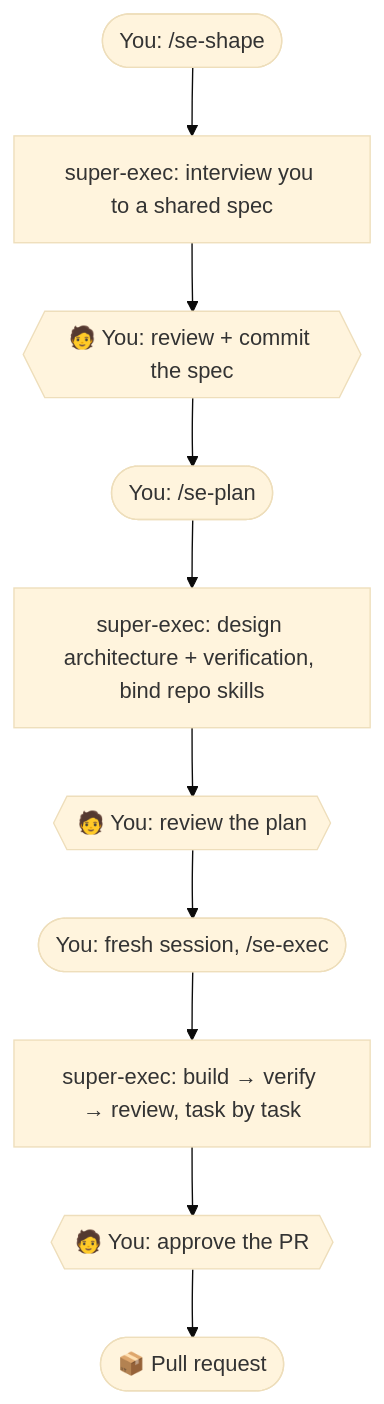
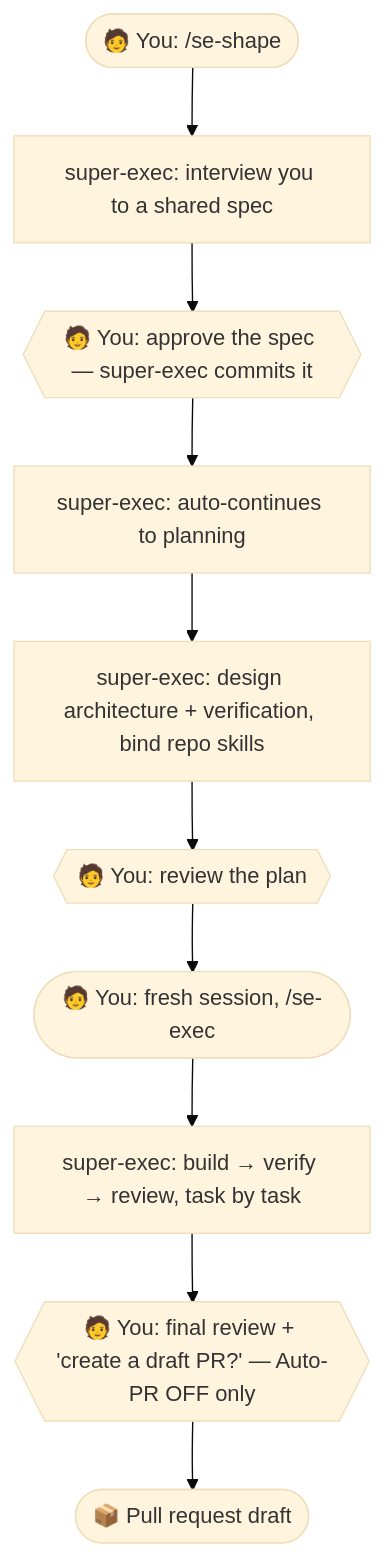
The diagram in README.md (mek-earnin/super-exec), drawn with Mermaid (base theme) before and after one commit. The commit also changed other lines of this file and 31 other files, not shown here.

````diff
--- a/README.md
+++ b/README.md
@@ -41,12 +41,12 @@
 ```mermaid
 flowchart TD
-    A([You: /se-shape]) --> B[super-exec: interview you to a shared spec]
-    B --> G1{{🧑 You: review + commit the spec}}
-    G1 --> C([You: /se-plan])
+    A([🧑 You: /se-shape]) --> B[super-exec: interview you to a shared spec]
+    B --> G1{{🧑 You: approve the spec — super-exec commits it}}
+    G1 --> C[super-exec: auto-continues to planning]
     C --> D[super-exec: design architecture + verification, bind repo skills]
     D --> G2{{🧑 You: review the plan}}
-    G2 --> E([You: fresh session, /se-exec])
+    G2 --> E([🧑 You: fresh session, /se-exec])
     E --> F[super-exec: build → verify → review, task by task]
-    F --> G3{{🧑 You: approve the PR}}
-    G3 --> H([📦 Pull request])
+    F --> G3{{🧑 You: final review + 'create a draft PR?' — Auto-PR OFF only}}
+    G3 --> H([📦 Pull request draft])
 ```
````
